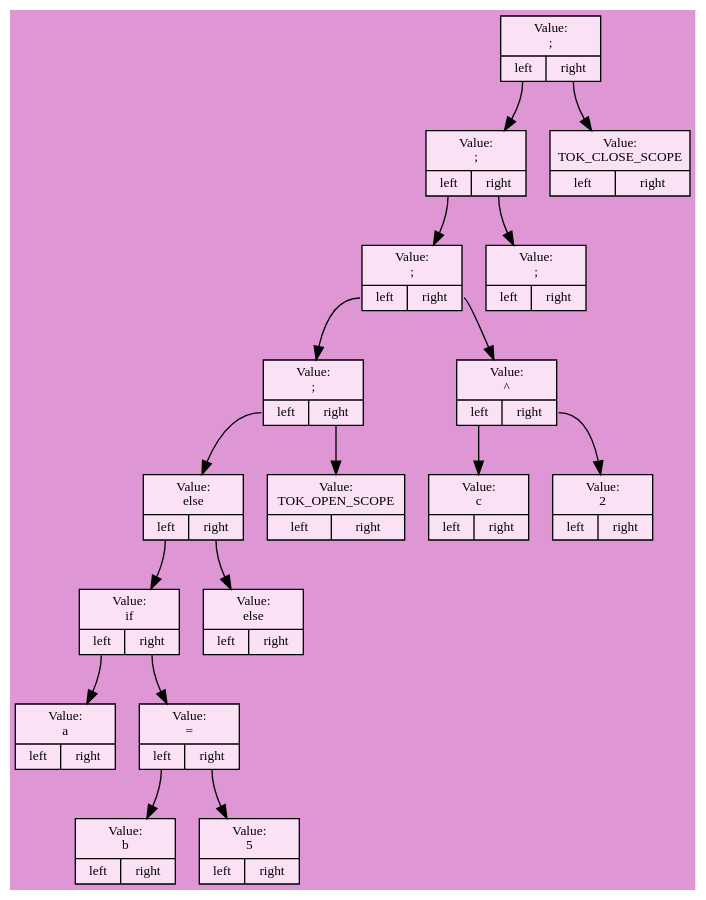
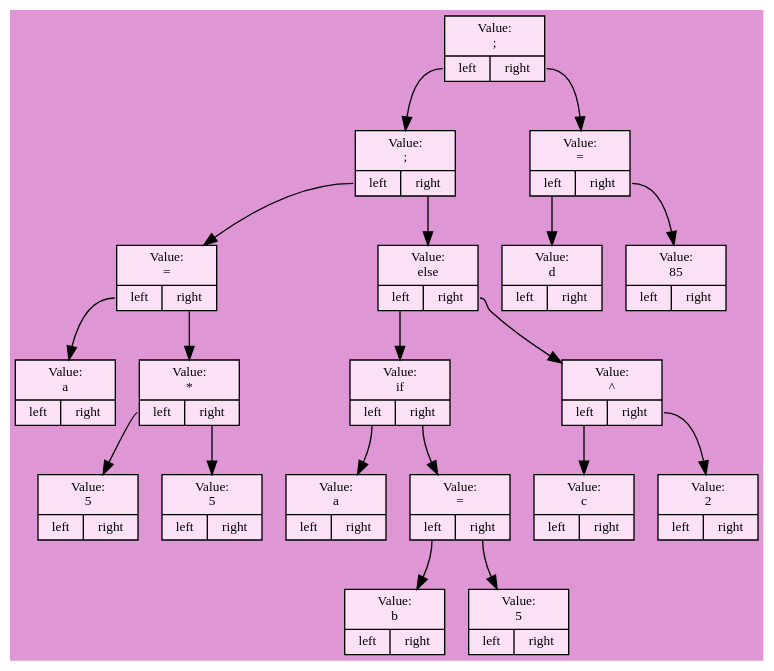
The diagram in examples/ast.dot (Wool5443/Thistle), drawn with Graphviz before and after one commit. The commit also changed 5 other files, not shown here.

```diff
--- a/examples/ast.dot
+++ b/examples/ast.dot
@@ -1,41 +1,45 @@
 digraph
 {
 rankdir = TB;
 node[shape = record, color = "#000000", fontname = "Fira Code Bold", fontsize = 10];
 bgcolor = "#de97d4";
-NODE_0x7a2adadffb80[style = "filled", fillcolor = "#fae1f6", label = "{Value:\n;|{<left>left|<right>right}}"];
-NODE_0x7a2adadffb10[style = "filled", fillcolor = "#fae1f6", label = "{Value:\n;|{<left>left|<right>right}}"];
-NODE_0x7a2adadffaa0[style = "filled", fillcolor = "#fae1f6", label = "{Value:\n;|{<left>left|<right>right}}"];
-NODE_0x7a2adadff9c0[style = "filled", fillcolor = "#fae1f6", label = "{Value:\n;|{<left>left|<right>right}}"];
-NODE_0x7a2adadff950[style = "filled", fillcolor = "#fae1f6", label = "{Value:\nelse|{<left>left|<right>right}}"];
-NODE_0x7a2adadff8e0[style = "filled", fillcolor = "#fae1f6", label = "{Value:\nif|{<left>left|<right>right}}"];
-NODE_0x7a2adadff800[style = "filled", fillcolor = "#fae1f6", label = "{Value:\na|{<left>left|<right>right}}"];
-NODE_0x7a2adadff8a8[style = "filled", fillcolor = "#fae1f6", label = "{Value:\n=|{<left>left|<right>right}}"];
-NODE_0x7a2adadff838[style = "filled", fillcolor = "#fae1f6", label = "{Value:\nb|{<left>left|<right>right}}"];
-NODE_0x7a2adadff870[style = "filled", fillcolor = "#fae1f6", label = "{Value:\n5|{<left>left|<right>right}}"];
-NODE_0x7a2adadff918[style = "filled", fillcolor = "#fae1f6", label = "{Value:\nelse|{<left>left|<right>right}}"];
-NODE_0x7a2adadff988[style = "filled", fillcolor = "#fae1f6", label = "{Value:\nTOK_OPEN_SCOPE|{<left>left|<right>right}}"];
-NODE_0x7a2adadffa68[style = "filled", fillcolor = "#fae1f6", label = "{Value:\n^|{<left>left|<right>right}}"];
-NODE_0x7a2adadff9f8[style = "filled", fillcolor = "#fae1f6", label = "{Value:\nc|{<left>left|<right>right}}"];
-NODE_0x7a2adadffa30[style = "filled", fillcolor = "#fae1f6", label = "{Value:\n2|{<left>left|<right>right}}"];
-NODE_0x7a2adadffad8[style = "filled", fillcolor = "#fae1f6", label = "{Value:\n;|{<left>left|<right>right}}"];
-NODE_0x7a2adadffb48[style = "filled", fillcolor = "#fae1f6", label = "{Value:\nTOK_CLOSE_SCOPE|{<left>left|<right>right}}"];
-NODE_0x7a2adadffb80:left->NODE_0x7a2adadffb10;
-NODE_0x7a2adadffb10:left->NODE_0x7a2adadffaa0;
-NODE_0x7a2adadffaa0:left->NODE_0x7a2adadff9c0;
-NODE_0x7a2adadff9c0:left->NODE_0x7a2adadff950;
-NODE_0x7a2adadff950:left->NODE_0x7a2adadff8e0;
-NODE_0x7a2adadff8e0:left->NODE_0x7a2adadff800;
-NODE_0x7a2adadff8e0:right->NODE_0x7a2adadff8a8;
-NODE_0x7a2adadff8a8:left->NODE_0x7a2adadff838;
-NODE_0x7a2adadff8a8:right->NODE_0x7a2adadff870;
-NODE_0x7a2adadff950:right->NODE_0x7a2adadff918;
-NODE_0x7a2adadff9c0:right->NODE_0x7a2adadff988;
-NODE_0x7a2adadffaa0:right->NODE_0x7a2adadffa68;
-NODE_0x7a2adadffa68:left->NODE_0x7a2adadff9f8;
-NODE_0x7a2adadffa68:right->NODE_0x7a2adadffa30;
-NODE_0x7a2adadffb10:right->NODE_0x7a2adadffad8;
-NODE_0x7a2adadffb80:right->NODE_0x7a2adadffb48;
+NODE_0x7599df9ffbf0[style = "filled", fillcolor = "#fae1f6", label = "{Value:\n;|{<left>left|<right>right}}"];
+NODE_0x7599df9ffb10[style = "filled", fillcolor = "#fae1f6", label = "{Value:\n;|{<left>left|<right>right}}"];
+NODE_0x7599df9ff8e0[style = "filled", fillcolor = "#fae1f6", label = "{Value:\n=|{<left>left|<right>right}}"];
+NODE_0x7599df9ff800[style = "filled", fillcolor = "#fae1f6", label = "{Value:\na|{<left>left|<right>right}}"];
+NODE_0x7599df9ff8a8[style = "filled", fillcolor = "#fae1f6", label = "{Value:\n*|{<left>left|<right>right}}"];
+NODE_0x7599df9ff838[style = "filled", fillcolor = "#fae1f6", label = "{Value:\n5|{<left>left|<right>right}}"];
+NODE_0x7599df9ff870[style = "filled", fillcolor = "#fae1f6", label = "{Value:\n5|{<left>left|<right>right}}"];
+NODE_0x7599df9ffad8[style = "filled", fillcolor = "#fae1f6", label = "{Value:\nelse|{<left>left|<right>right}}"];
+NODE_0x7599df9ff9f8[style = "filled", fillcolor = "#fae1f6", label = "{Value:\nif|{<left>left|<right>right}}"];
+NODE_0x7599df9ff918[style = "filled", fillcolor = "#fae1f6", label = "{Value:\na|{<left>left|<right>right}}"];
+NODE_0x7599df9ff9c0[style = "filled", fillcolor = "#fae1f6", label = "{Value:\n=|{<left>left|<right>right}}"];
+NODE_0x7599df9ff950[style = "filled", fillcolor = "#fae1f6", label = "{Value:\nb|{<left>left|<right>right}}"];
+NODE_0x7599df9ff988[style = "filled", fillcolor = "#fae1f6", label = "{Value:\n5|{<left>left|<right>right}}"];
+NODE_0x7599df9ffaa0[style = "filled", fillcolor = "#fae1f6", label = "{Value:\n^|{<left>left|<right>right}}"];
+NODE_0x7599df9ffa30[style = "filled", fillcolor = "#fae1f6", label = "{Value:\nc|{<left>left|<right>right}}"];
+NODE_0x7599df9ffa68[style = "filled", fillcolor = "#fae1f6", label = "{Value:\n2|{<left>left|<right>right}}"];
+NODE_0x7599df9ffbb8[style = "filled", fillcolor = "#fae1f6", label = "{Value:\n=|{<left>left|<right>right}}"];
+NODE_0x7599df9ffb48[style = "filled", fillcolor = "#fae1f6", label = "{Value:\nd|{<left>left|<right>right}}"];
+NODE_0x7599df9ffb80[style = "filled", fillcolor = "#fae1f6", label = "{Value:\n85|{<left>left|<right>right}}"];
+NODE_0x7599df9ffbf0:left->NODE_0x7599df9ffb10;
+NODE_0x7599df9ffb10:left->NODE_0x7599df9ff8e0;
+NODE_0x7599df9ff8e0:left->NODE_0x7599df9ff800;
+NODE_0x7599df9ff8e0:right->NODE_0x7599df9ff8a8;
+NODE_0x7599df9ff8a8:left->NODE_0x7599df9ff838;
+NODE_0x7599df9ff8a8:right->NODE_0x7599df9ff870;
+NODE_0x7599df9ffb10:right->NODE_0x7599df9ffad8;
+NODE_0x7599df9ffad8:left->NODE_0x7599df9ff9f8;
+NODE_0x7599df9ff9f8:left->NODE_0x7599df9ff918;
+NODE_0x7599df9ff9f8:right->NODE_0x7599df9ff9c0;
+NODE_0x7599df9ff9c0:left->NODE_0x7599df9ff950;
+NODE_0x7599df9ff9c0:right->NODE_0x7599df9ff988;
+NODE_0x7599df9ffad8:right->NODE_0x7599df9ffaa0;
+NODE_0x7599df9ffaa0:left->NODE_0x7599df9ffa30;
+NODE_0x7599df9ffaa0:right->NODE_0x7599df9ffa68;
+NODE_0x7599df9ffbf0:right->NODE_0x7599df9ffbb8;
+NODE_0x7599df9ffbb8:left->NODE_0x7599df9ffb48;
+NODE_0x7599df9ffbb8:right->NODE_0x7599df9ffb80;
 
-NODE_0x7a2adadffb80
+NODE_0x7599df9ffbf0
 }
```
